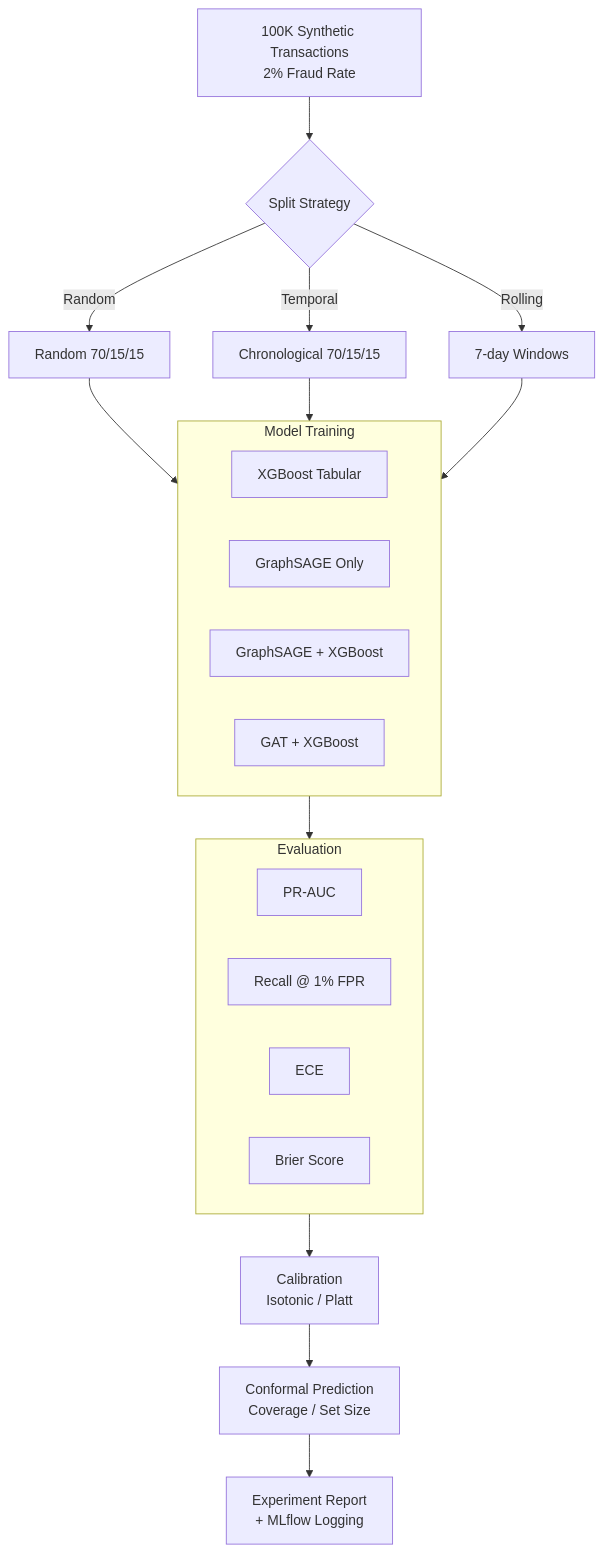
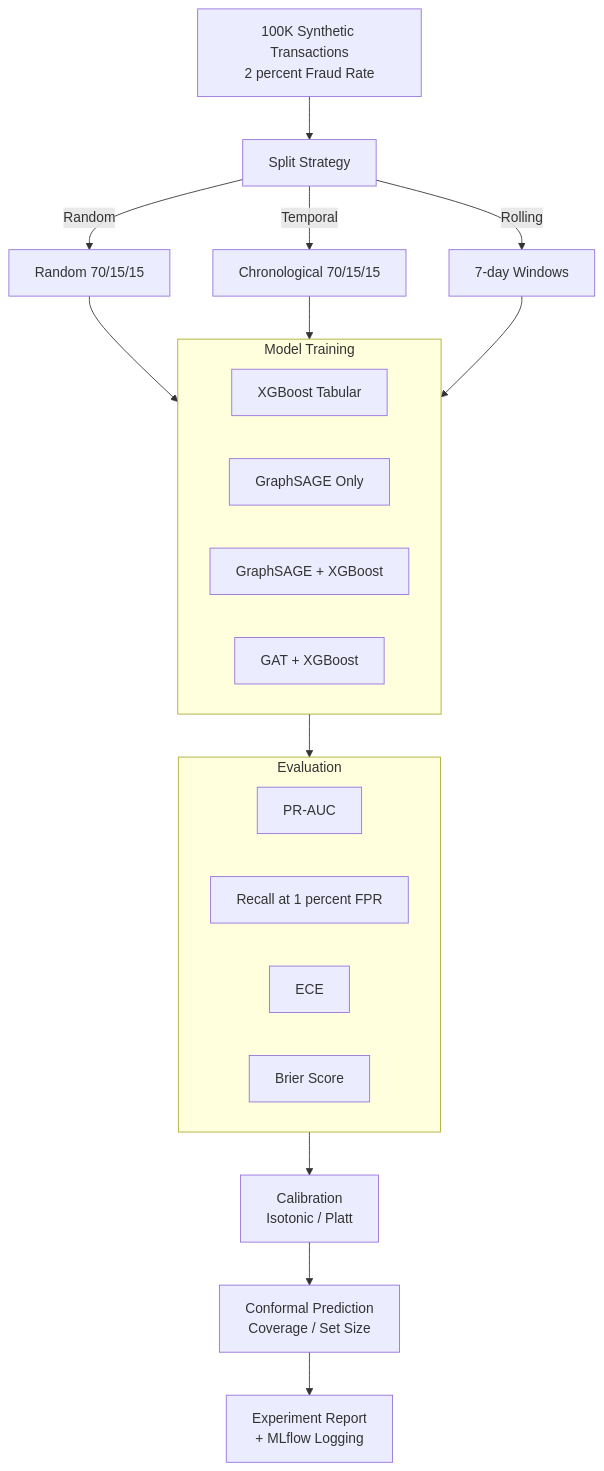
Diagram 13 of 16 in ARCHITECTURE.md (AngelP17/Rift), drawn with Mermaid before and after one commit. The commit also changed other lines of this file, not shown here.

````diff
--- a/ARCHITECTURE.md
+++ b/ARCHITECTURE.md
@@ -404,30 +507,30 @@
 ```mermaid
 flowchart TD
-    DATA[100K Synthetic Transactions<br/>2% Fraud Rate] --> SPLIT{Split Strategy}
+    DATA[100K Synthetic Transactions<br/>2 percent Fraud Rate] --> SPLIT["Split Strategy"]
 
     SPLIT -->|Random| RS[Random 70/15/15]
     SPLIT -->|Temporal| TS[Chronological 70/15/15]
     SPLIT -->|Rolling| RW[7-day Windows]
 
     RS & TS & RW --> MODELS
 
     subgraph MODELS ["Model Training"]
         M1[XGBoost Tabular]
         M2[GraphSAGE Only]
         M3[GraphSAGE + XGBoost]
         M4[GAT + XGBoost]
     end
 
     MODELS --> EVAL
 
     subgraph EVAL ["Evaluation"]
         E1[PR-AUC]
-        E2["Recall @ 1% FPR"]
+        E2["Recall at 1 percent FPR"]
         E3[ECE]
         E4[Brier Score]
     end
 
     EVAL --> CAL[Calibration<br/>Isotonic / Platt]
     CAL --> CONF[Conformal Prediction<br/>Coverage / Set Size]
     CONF --> REPORT[Experiment Report<br/>+ MLflow Logging]
 ```
````
